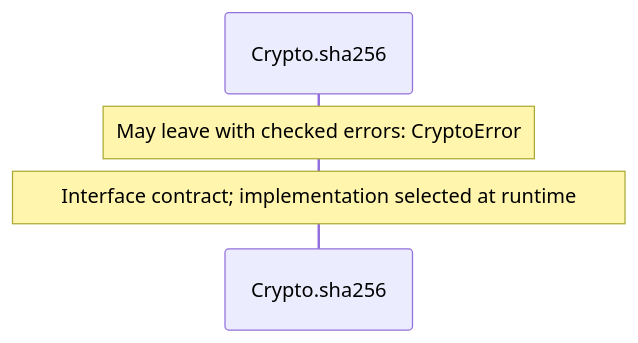
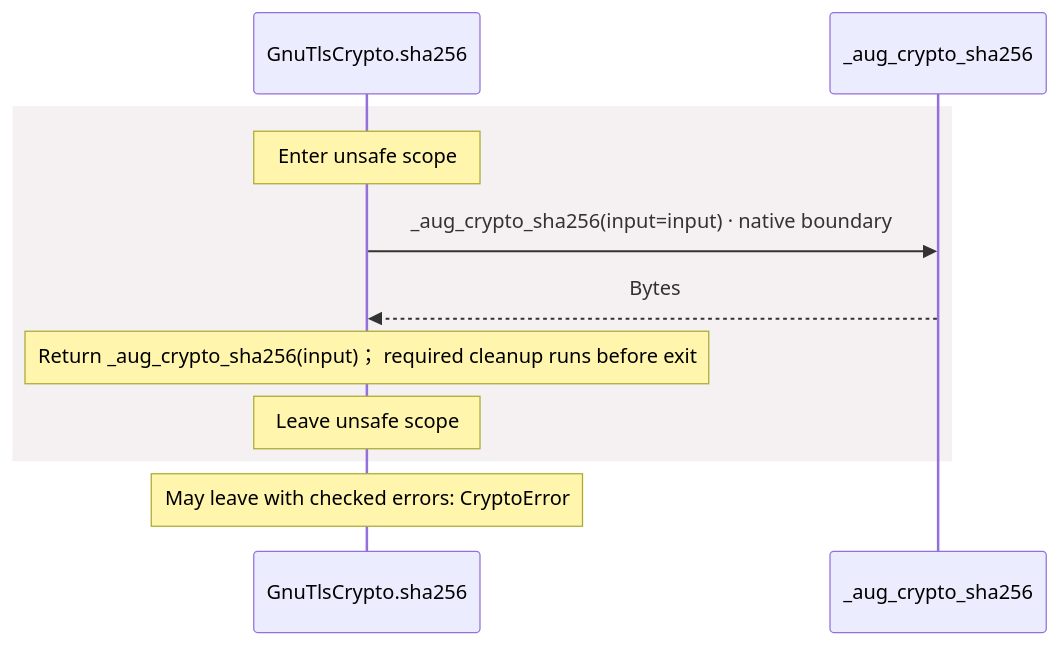
One commit to GreenPandaStudios/augscript changed the fifth of 14 diagrams in docs/examples/oidc-login/dependencies/packages/@git/url_9ef654c66d34ab8f5527/0.0.0-git.b14a0f9aa41f1ce58bd51133bcdc424033e40d40/contracts-diagrams.md. Above: the diagram before and after it, drawn with Mermaid. The commit also changed other lines of this file and 524 other files, not shown here.

Commit message:
Explain checked data flow at folder and service levels

````diff
--- a/docs/examples/oidc-login/dependencies/packages/@git/url_9ef654c66d34ab8f5527/0.0.0-git.b14a0f9aa41f1ce58bd51133bcdc424033e40d40/contracts-diagrams.md
+++ b/docs/examples/oidc-login/dependencies/packages/@git/url_9ef654c66d34ab8f5527/0.0.0-git.b14a0f9aa41f1ce58bd51133bcdc424033e40d40/contracts-diagrams.md
@@ -130,7 +311,13 @@
 ```mermaid
 sequenceDiagram
-    participant p0 as Crypto.sha256
-
+    participant p0 as GnuTlsCrypto.sha256
+    participant p1 as _aug_crypto_sha256
+    rect rgb(245, 240, 241)
+    Note over p0: Enter unsafe scope
+    p0->>p1: _aug_crypto_sha256(input=input) · native boundary
+    p1-->>p0: Bytes
+    Note over p0: Return _aug_crypto_sha256(input)； required cleanup runs before exit
+    Note over p0: Leave unsafe scope
+    end
     Note over p0: May leave with checked errors: CryptoError
-    Note over p0: Interface contract#59; implementation selected at runtime
 ```
````
